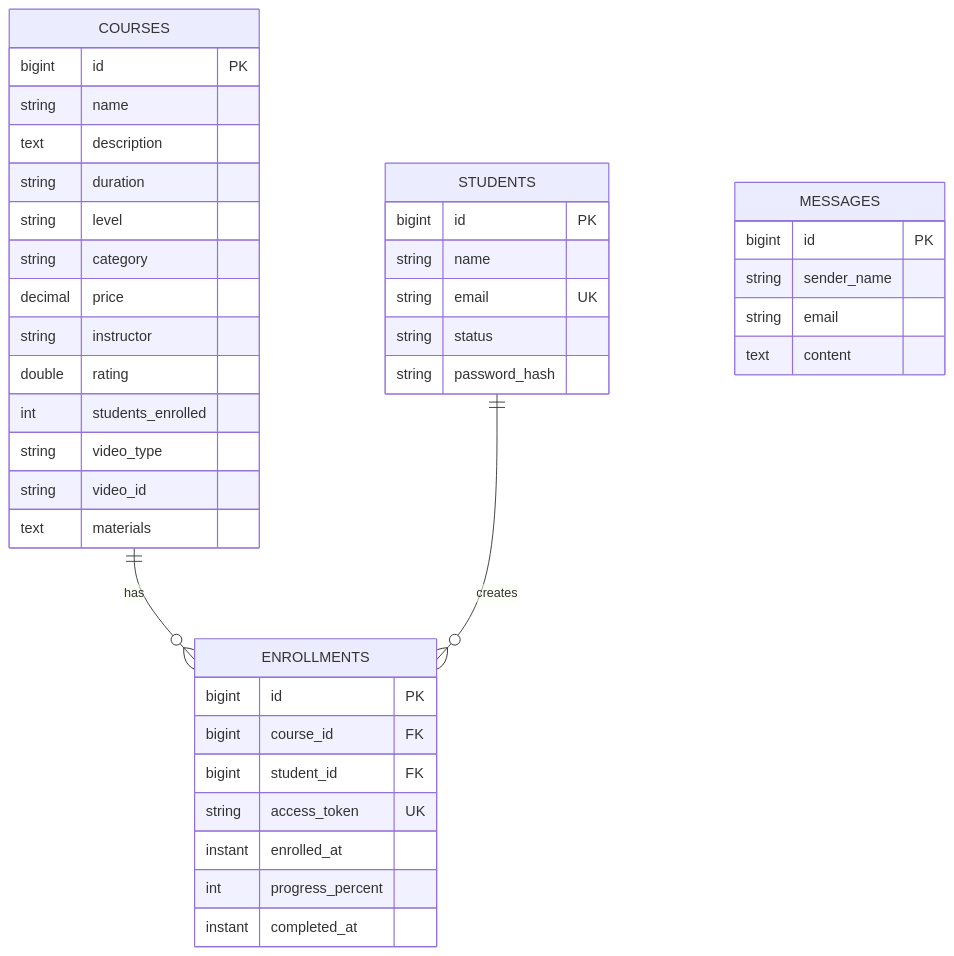
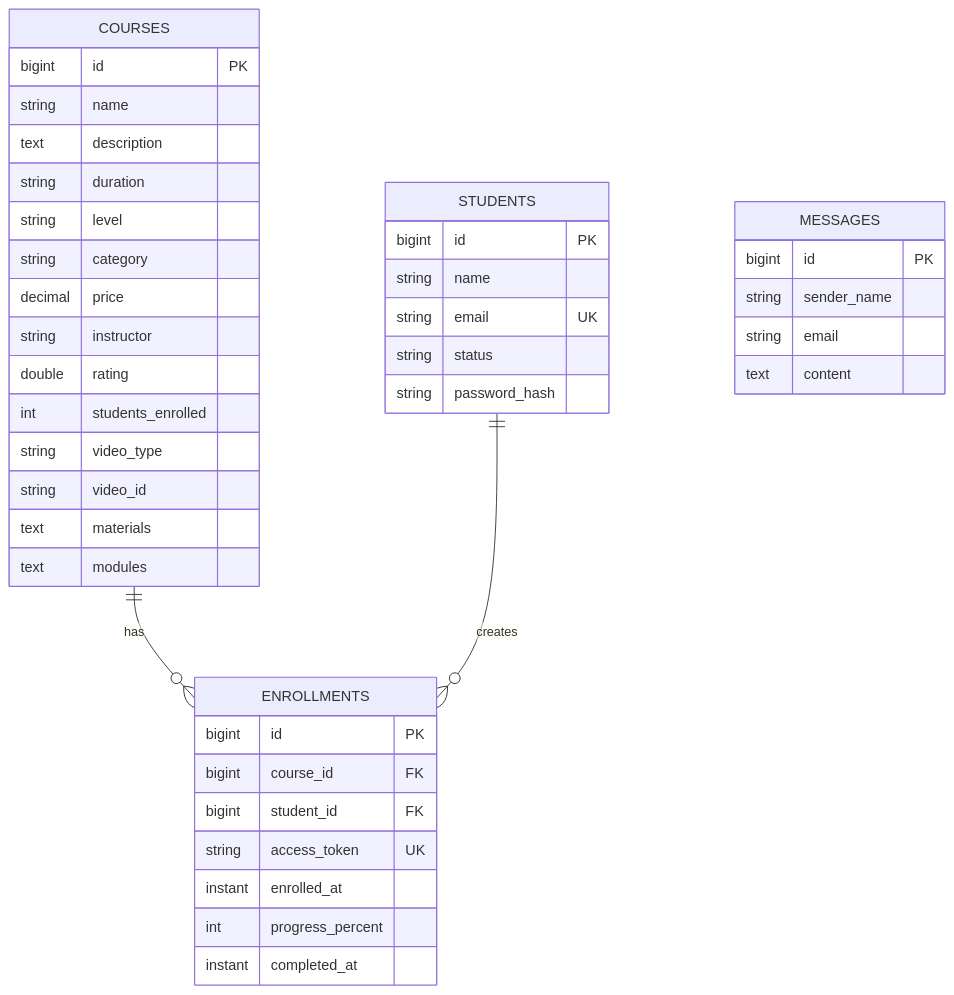
The third of 3 diagrams in README.md (virendrasonar/Institute-Management-System), drawn with Mermaid before and after one commit. The commit also changed other lines of this file and 20 other files, not shown here.

````diff
--- a/README.md
+++ b/README.md
@@ -333,46 +341,47 @@
 ```mermaid
 erDiagram
     COURSES ||--o{ ENROLLMENTS : has
     STUDENTS ||--o{ ENROLLMENTS : creates
 
     COURSES {
         bigint id PK
         string name
         text description
         string duration
         string level
         string category
         decimal price
         string instructor
         double rating
         int students_enrolled
         string video_type
         string video_id
         text materials
+        text modules
     }
 
     STUDENTS {
         bigint id PK
         string name
         string email UK
         string status
         string password_hash
     }
 
     ENROLLMENTS {
         bigint id PK
         bigint course_id FK
         bigint student_id FK
         string access_token UK
         instant enrolled_at
         int progress_percent
         instant completed_at
     }
 
     MESSAGES {
         bigint id PK
         string sender_name
         string email
         text content
     }
 ```
````
